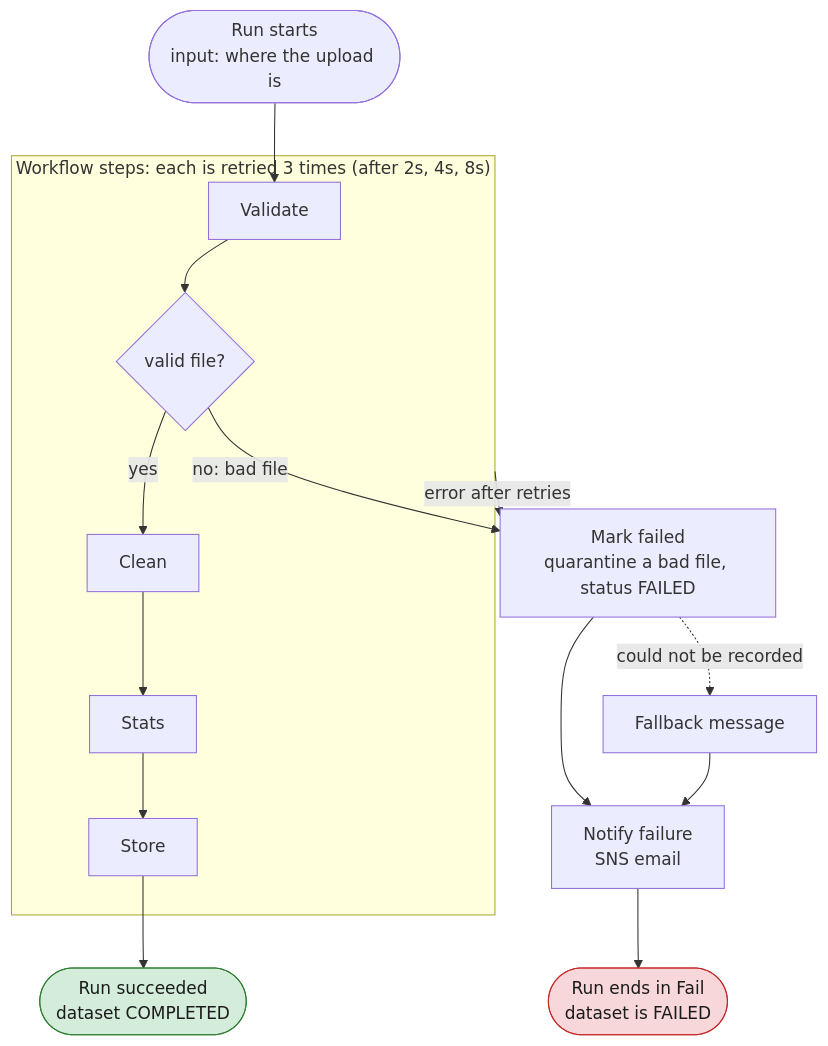
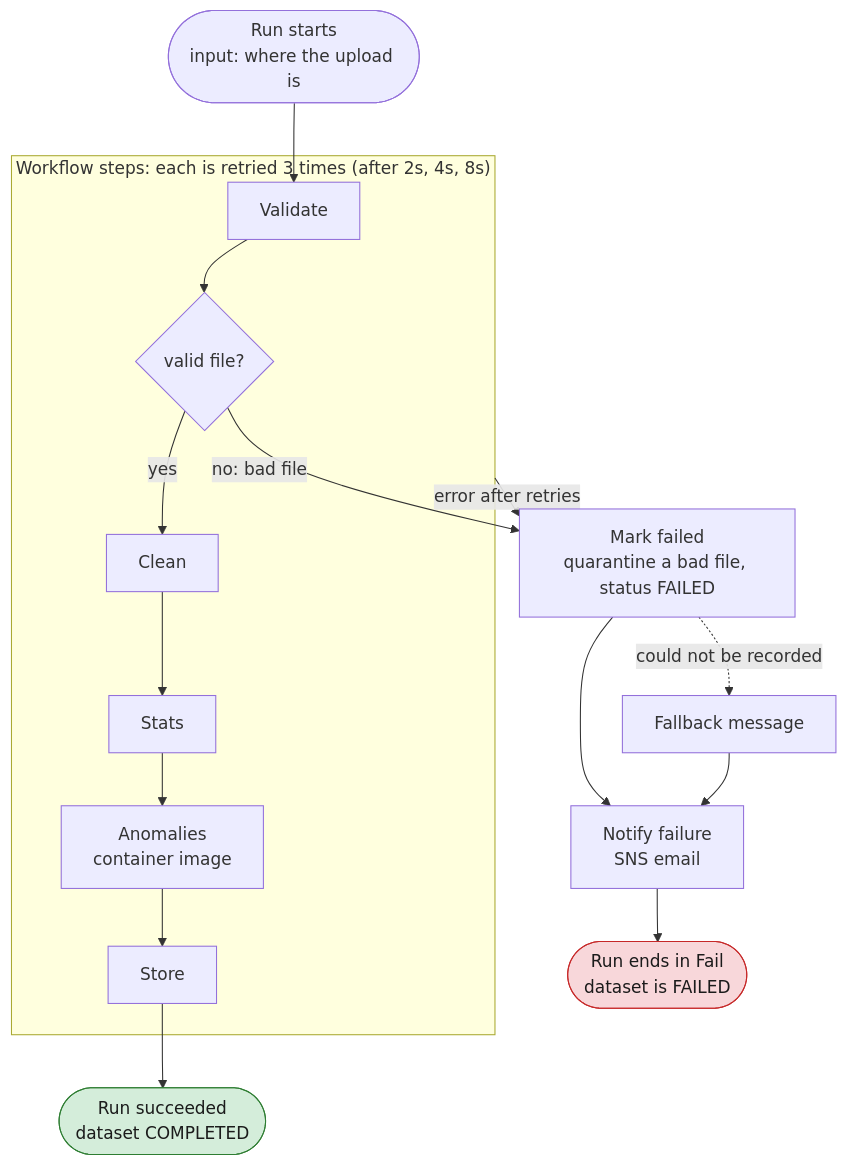
The second of 4 diagrams in README.md (dhananjaya-hbc/gradeflow-serverless-pipeline), drawn with Mermaid before and after one commit. The commit also changed other lines of this file, not shown here.

````diff
--- a/README.md
+++ b/README.md
@@ -33,21 +32,22 @@
 ```mermaid
 flowchart TD
     begin(["Run starts<br/>input: where the upload is"]) --> validate
 
     subgraph steps ["Workflow steps: each is retried 3 times (after 2s, 4s, 8s)"]
         validate["Validate"] --> valid{"valid file?"}
         valid -->|"yes"| clean["Clean"]
         clean --> stats["Stats"]
-        stats --> store["Store"]
+        stats --> anomalies["Anomalies<br/>container image"]
+        anomalies --> store["Store"]
     end
 
     store --> done(["Run succeeded<br/>dataset COMPLETED"]):::good
     valid -->|"no: bad file"| markfailed["Mark failed<br/>quarantine a bad file, status FAILED"]
     steps -->|"error after retries"| markfailed
     markfailed --> notify["Notify failure<br/>SNS email"]
     markfailed -.->|"could not be recorded"| fallback["Fallback message"] --> notify
     notify --> failedend(["Run ends in Fail<br/>dataset is FAILED"]):::bad
 
     classDef good fill:#d4edda,stroke:#2e7d32,color:#1b1b1b
     classDef bad fill:#f8d7da,stroke:#c62828,color:#1b1b1b
 ```
````
